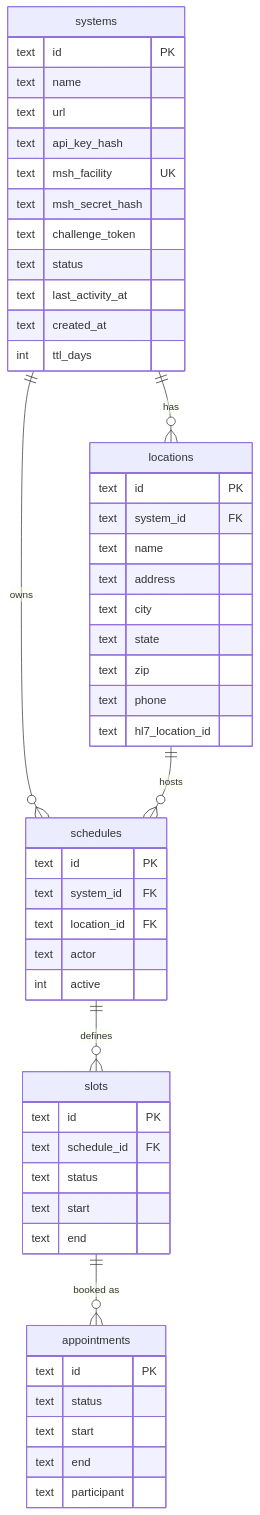
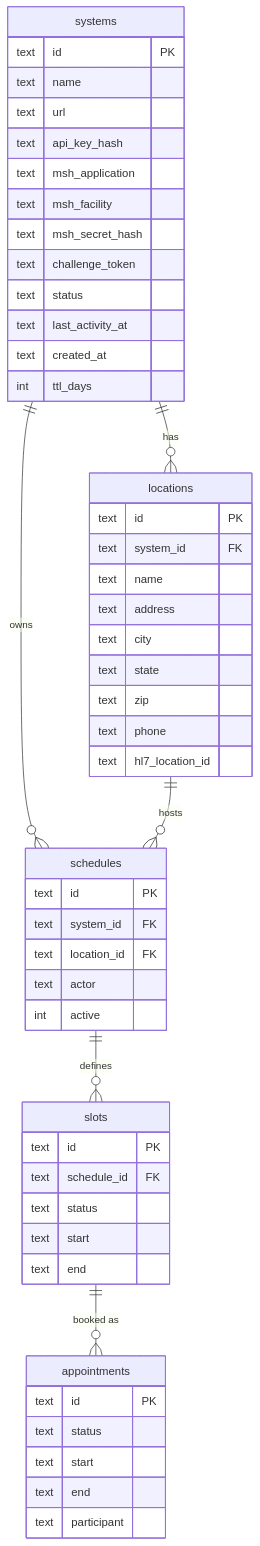
One commit to mieweb/FHIRTogether changed the second of 5 diagrams in ARCHITECTURE.md. Above: the diagram before and after it, drawn with Mermaid. The commit also changed other lines of this file and 13 other files, not shown here.

````diff
--- a/ARCHITECTURE.md
+++ b/ARCHITECTURE.md
@@ -62,54 +62,55 @@
 ```mermaid
 erDiagram
     systems ||--o{ locations : "has"
     systems ||--o{ schedules : "owns"
     locations ||--o{ schedules : "hosts"
     schedules ||--o{ slots : "defines"
     slots ||--o{ appointments : "booked as"
 
     systems {
         text id PK
         text name
         text url
         text api_key_hash
-        text msh_facility UK
+        text msh_application
+        text msh_facility
         text msh_secret_hash
         text challenge_token
         text status
         text last_activity_at
         text created_at
         int ttl_days
     }
     locations {
         text id PK
         text system_id FK
         text name
         text address
         text city
         text state
         text zip
         text phone
         text hl7_location_id
     }
     schedules {
         text id PK
         text system_id FK
         text location_id FK
         text actor
         int active
     }
     slots {
         text id PK
         text schedule_id FK
         text status
         text start
         text end
     }
     appointments {
         text id PK
         text status
         text start
         text end
         text participant
     }
 ```
````
